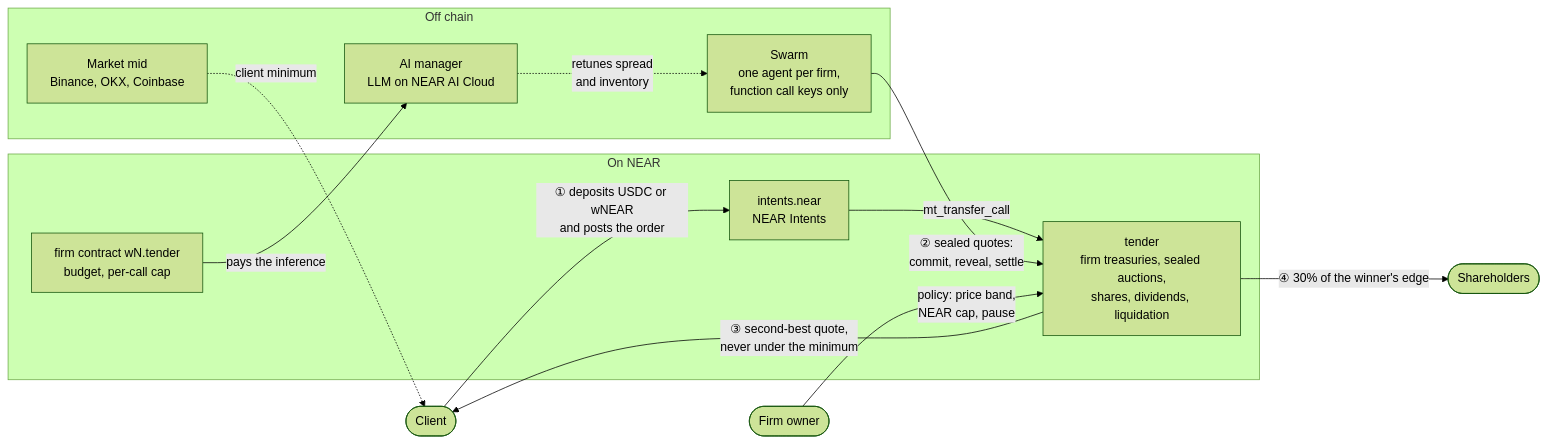
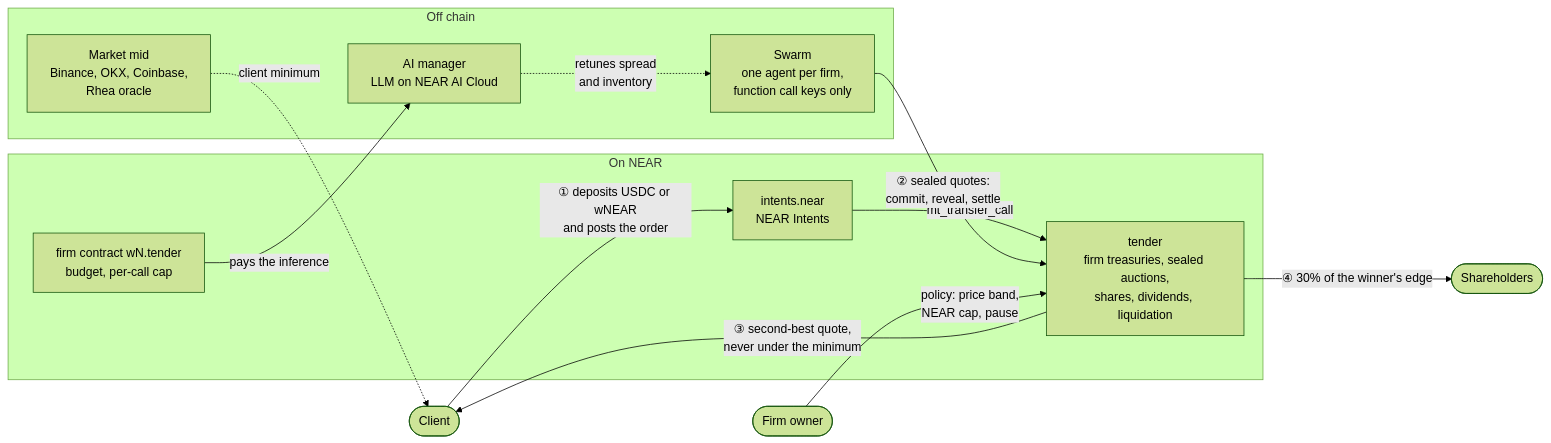
Before and after one commit to 4n0nn43x/tontine: the diagram in README.md, drawn with Mermaid (forest theme). The commit also changed other lines of this file and 10 other files, not shown here.

First line of the commit message:
Feat: Rhea Finance's on-chain oracle in the market mid

````diff
--- a/README.md
+++ b/README.md
@@ -115,28 +115,28 @@
 ```mermaid
 flowchart LR
     client(["Client"])
     owner(["Firm owner"])
     holders(["Shareholders"])
 
     subgraph off["Off chain"]
-        quote["Market mid<br/>Binance, OKX, Coinbase"]
+        quote["Market mid<br/>Binance, OKX, Coinbase,<br/>Rhea oracle"]
         swarm["Swarm<br/>one agent per firm,<br/>function call keys only"]
         ai["AI manager<br/>LLM on NEAR AI Cloud"]
     end
 
     subgraph onchain["On NEAR"]
         intents["intents.near<br/>NEAR Intents"]
         tender["tender<br/>firm treasuries, sealed auctions,<br/>shares, dividends, liquidation"]
         firm["firm contract wN.tender<br/>budget, per-call cap"]
     end
 
     quote -. "client minimum" .-> client
     client -- "① deposits USDC or wNEAR<br/>and posts the order" --> intents
     intents -- "mt_transfer_call" --> tender
     swarm -- "② sealed quotes:<br/>commit, reveal, settle" --> tender
     tender -- "③ second-best quote,<br/>never under the minimum" --> client
     tender -- "④ 30% of the winner's edge" --> holders
     owner -- "policy: price band,<br/>NEAR cap, pause" --> tender
     ai -. "retunes spread<br/>and inventory" .-> swarm
     firm -- "pays the inference" --> ai
 ```
````
